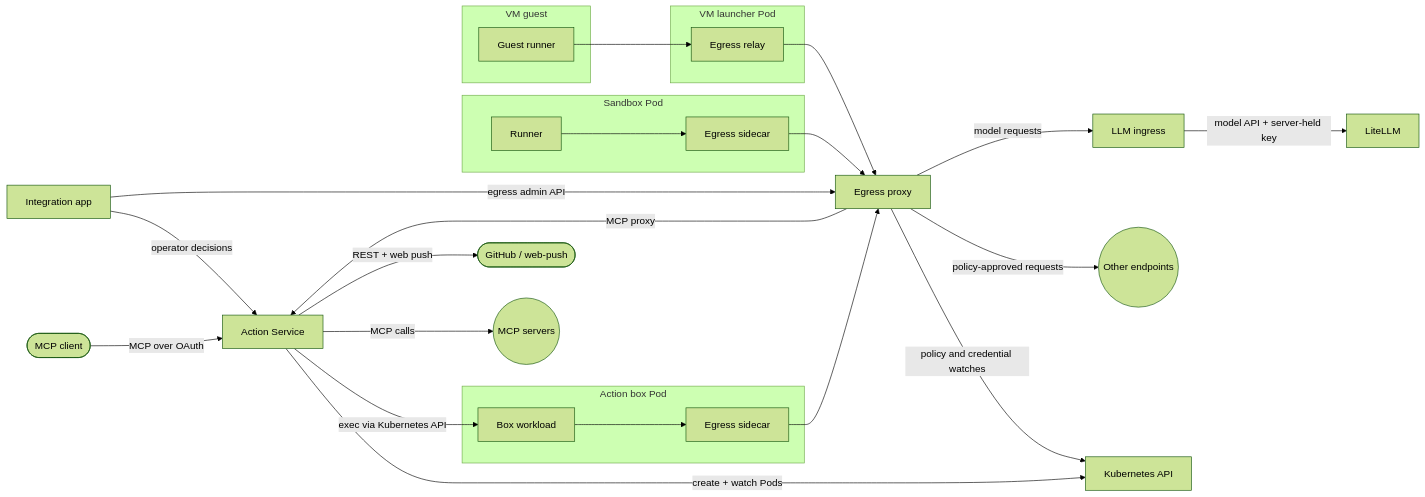
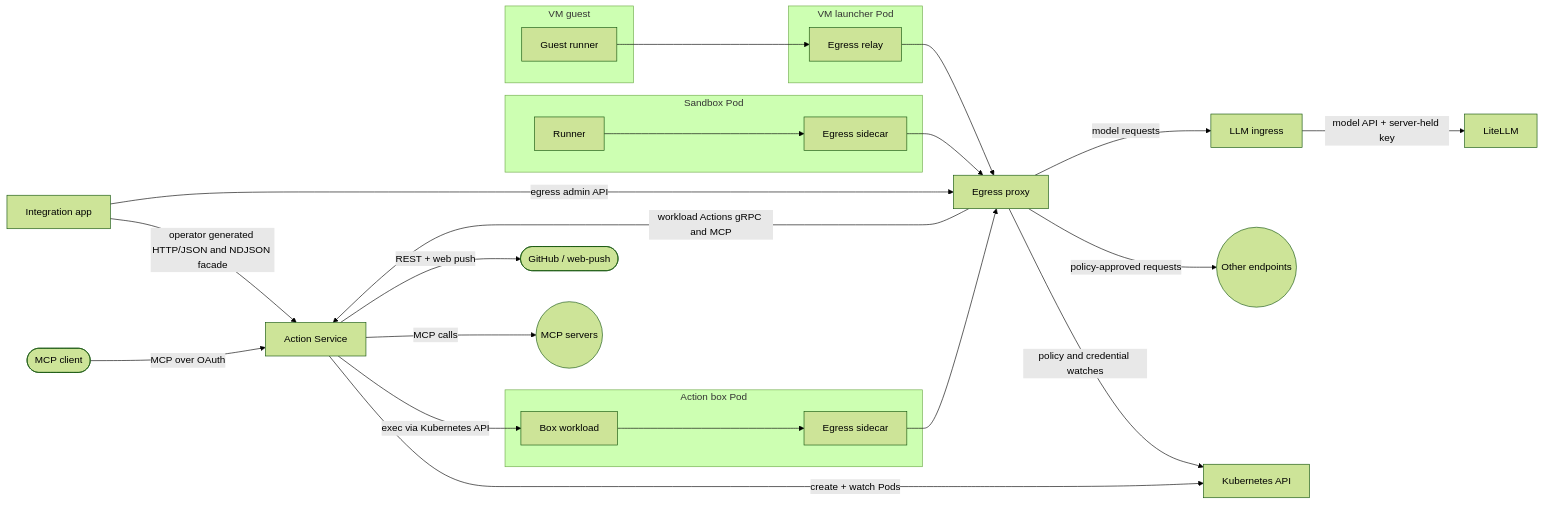
The fifth of 5 diagrams in agentplane/docs/system_overview.md (agentydragon/ducktape), drawn with Mermaid (forest theme) before and after one commit. The commit also changed other lines of this file and 4 other files, not shown here.

````diff
--- a/agentplane/docs/system_overview.md
+++ b/agentplane/docs/system_overview.md
@@ -126,43 +126,43 @@
 ```mermaid
 flowchart LR
     mcp_client([MCP client])
     github([GitHub / web-push])
     app[Integration app]
     actions[Action Service]
     k8s[Kubernetes API]
     subgraph box[Action box Pod]
         workload[Box workload]
         box_sidecar[Egress sidecar]
     end
     subgraph sandbox[Sandbox Pod]
         runner[Runner]
         sidecar[Egress sidecar]
     end
     subgraph vm_guest[VM guest]
         guest[Guest runner]
     end
     subgraph vm_pod[VM launcher Pod]
         relay[Egress relay]
     end
     egress[Egress proxy]
     llm[LLM ingress]
     litellm[LiteLLM]
     other((Other endpoints))
     mcp_servers((MCP servers))
 
     mcp_client -->|MCP over OAuth| actions
-    app -->|operator decisions| actions
+    app -->|operator generated HTTP/JSON and NDJSON facade| actions
     actions -->|create + watch Pods| k8s
     actions -->|exec via Kubernetes API| workload
     workload --> box_sidecar --> egress
     runner --> sidecar --> egress
     guest --> relay --> egress
     app -->|egress admin API| egress
     egress -->|policy and credential watches| k8s
-    egress -->|MCP proxy| actions
+    egress -->|workload Actions gRPC and MCP| actions
     egress -->|policy-approved requests| other
     egress -->|model requests| llm
     llm -->|model API + server-held key| litellm
     actions -->|MCP calls| mcp_servers
     actions -->|REST + web push| github
 ```
````
